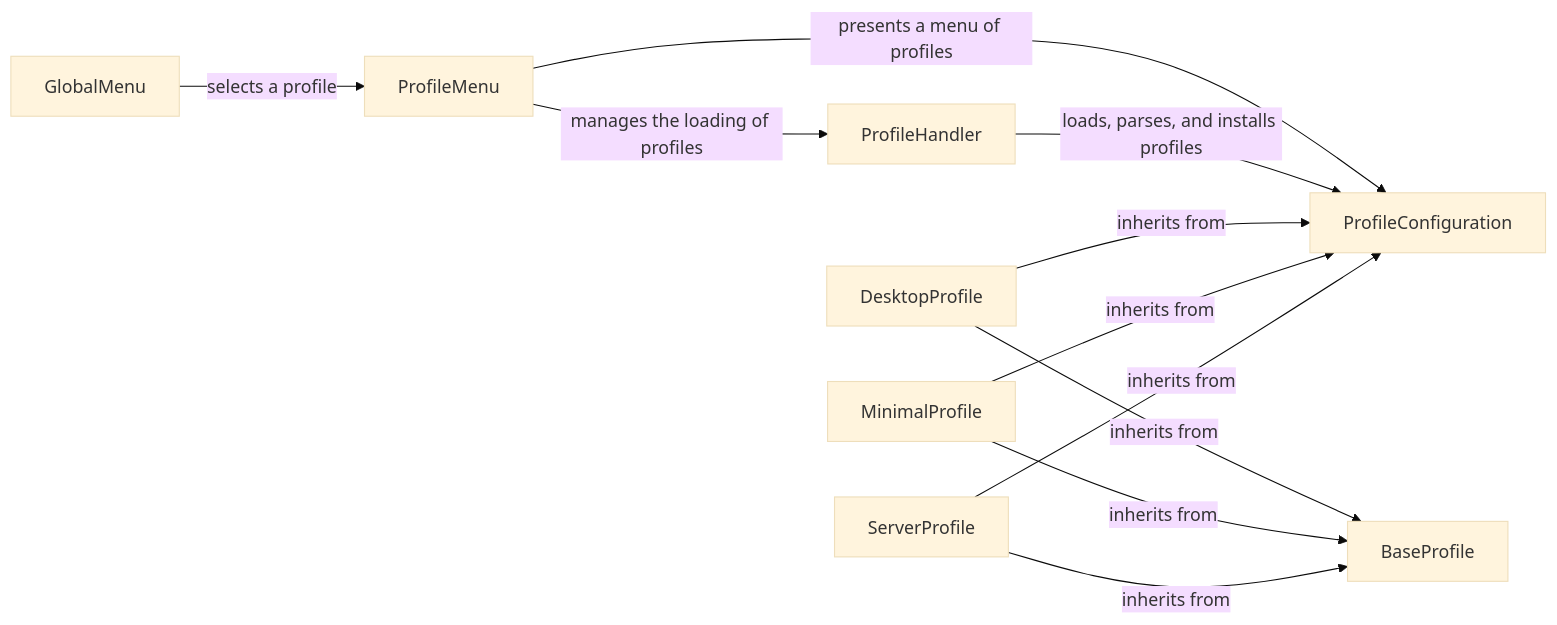
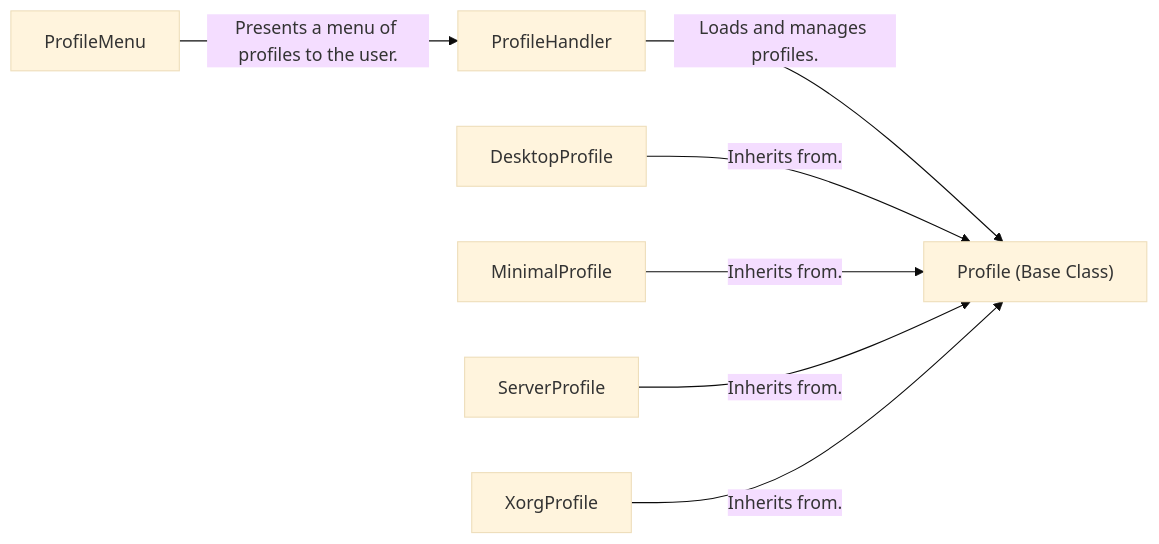
One commit to CodeBoarding/GeneratedOnBoardings changed the diagram in archinstall/Profile Management.md. Above: the diagram before and after it, drawn with Mermaid (base theme). The commit also changed other lines of this file and 15 other files, not shown here.

````diff
--- a/archinstall/Profile Management.md
+++ b/archinstall/Profile Management.md
@@ -1,21 +1,16 @@
 ```mermaid
 graph LR
     ProfileMenu["ProfileMenu"]
     ProfileHandler["ProfileHandler"]
-    ProfileConfiguration["ProfileConfiguration"]
-    BaseProfile["BaseProfile"]
+    Profile_Base_Class_["Profile (Base Class)"]
     DesktopProfile["DesktopProfile"]
     MinimalProfile["MinimalProfile"]
     ServerProfile["ServerProfile"]
-    GlobalMenu["GlobalMenu"]
-    ProfileMenu -- "presents a menu of profiles" --> ProfileConfiguration
-    ProfileMenu -- "manages the loading of profiles" --> ProfileHandler
-    ProfileHandler -- "loads, parses, and installs profiles" --> ProfileConfiguration
-    DesktopProfile -- "inherits from" --> BaseProfile
-    MinimalProfile -- "inherits from" --> BaseProfile
-    ServerProfile -- "inherits from" --> BaseProfile
-    GlobalMenu -- "selects a profile" --> ProfileMenu
-    DesktopProfile -- "inherits from" --> ProfileConfiguration
-    MinimalProfile -- "inherits from" --> ProfileConfiguration
-    ServerProfile -- "inherits from" --> ProfileConfiguration
+    XorgProfile["XorgProfile"]
+    ProfileMenu -- "Presents a menu of profiles to the user." --> ProfileHandler
+    ProfileHandler -- "Loads and manages profiles." --> Profile_Base_Class_
+    DesktopProfile -- "Inherits from." --> Profile_Base_Class_
+    MinimalProfile -- "Inherits from." --> Profile_Base_Class_
+    ServerProfile -- "Inherits from." --> Profile_Base_Class_
+    XorgProfile -- "Inherits from." --> Profile_Base_Class_
 ```
````
